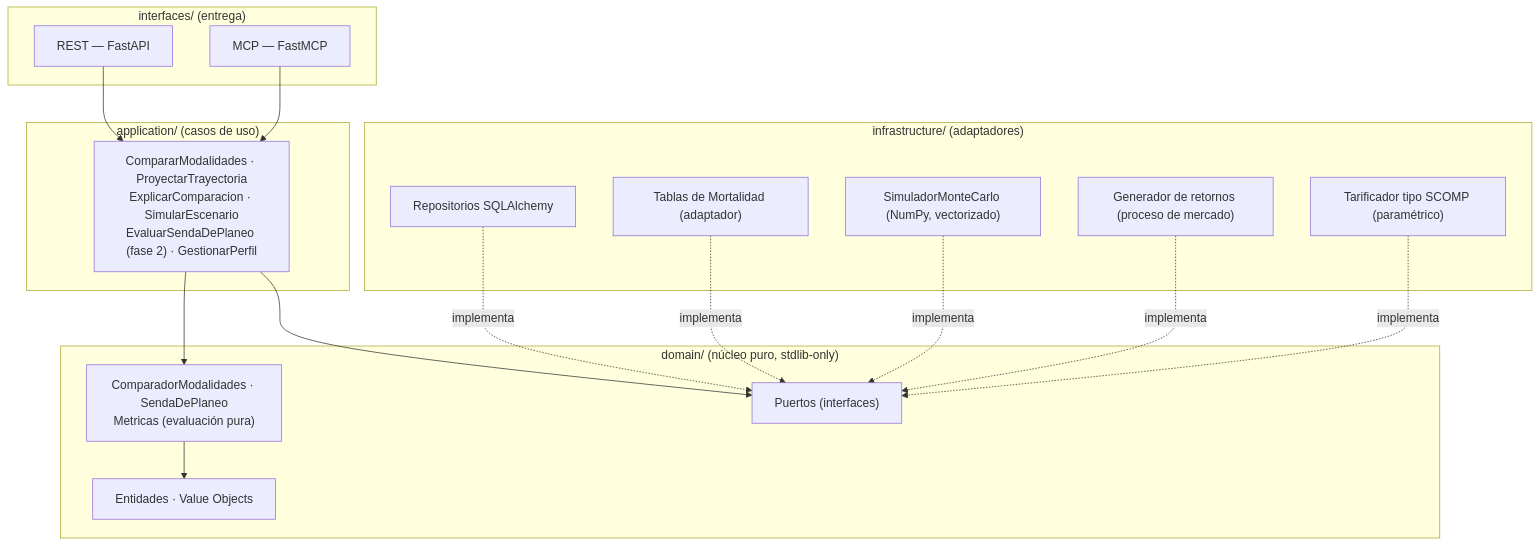
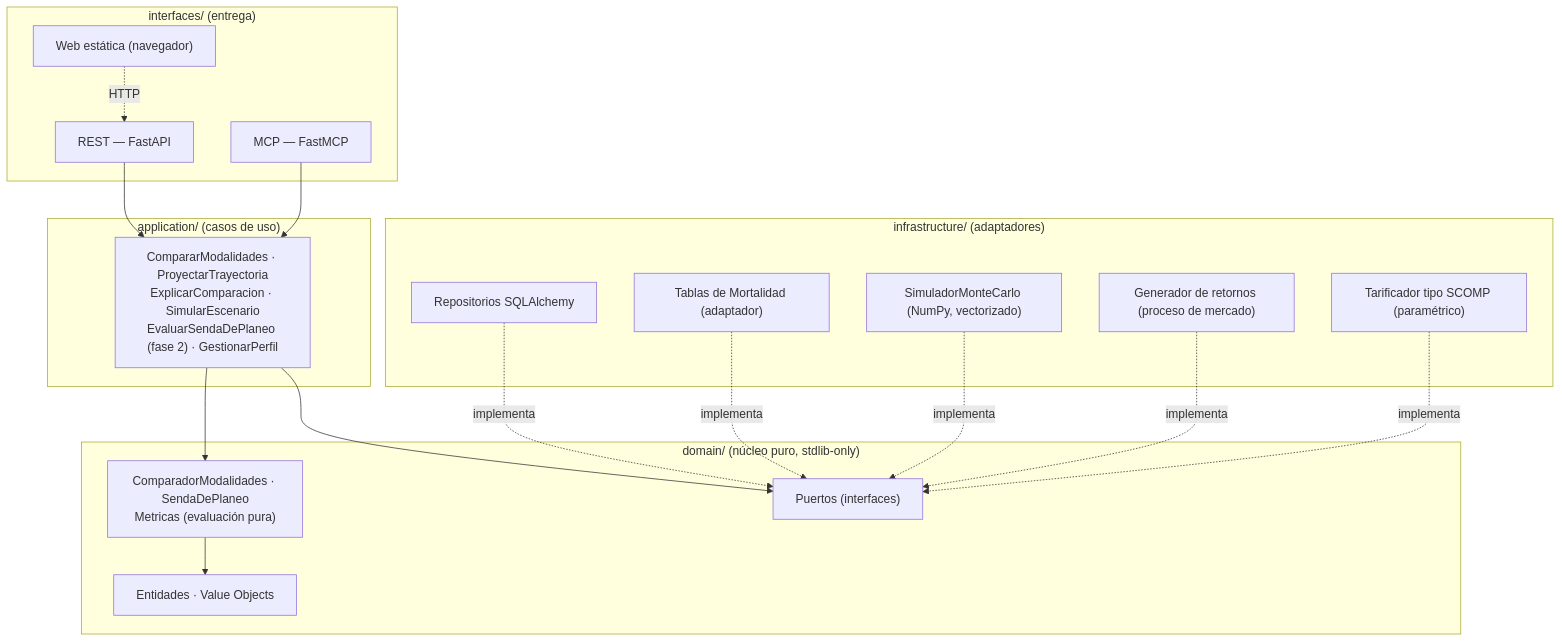
Before and after one commit to faborubio/cauce: the second of 4 diagrams in SAD_Cauce_pensiones.md, drawn with Mermaid. The commit also changed other lines of this file and 8 other files, not shown here.

````diff
--- a/SAD_Cauce_pensiones.md
+++ b/SAD_Cauce_pensiones.md
@@ -163,32 +165,34 @@
 ```mermaid
 graph TD
     subgraph interfaces["interfaces/ (entrega)"]
         REST["REST — FastAPI"]
         MCPS["MCP — FastMCP"]
+        WEB["Web estática (navegador)"]
     end
     subgraph application["application/ (casos de uso)"]
         UC["CompararModalidades · ProyectarTrayectoria<br/>ExplicarComparacion · SimularEscenario<br/>EvaluarSendaDePlaneo (fase 2) · GestionarPerfil"]
     end
     subgraph domain["domain/ (núcleo puro, stdlib-only)"]
         ENT["Entidades · Value Objects"]
         SRV["ComparadorModalidades · SendaDePlaneo<br/>Metricas (evaluación pura)"]
         PORT["Puertos (interfaces)"]
     end
     subgraph infra["infrastructure/ (adaptadores)"]
         REPO["Repositorios SQLAlchemy"]
         MORT["Tablas de Mortalidad (adaptador)"]
         SIM["SimuladorMonteCarlo (NumPy, vectorizado)"]
         MKT["Generador de retornos (proceso de mercado)"]
         SCOMP["Tarificador tipo SCOMP (paramétrico)"]
     end
     REST --> UC
     MCPS --> UC
+    WEB -.HTTP.-> REST
     UC --> SRV
     UC --> PORT
     SRV --> ENT
     REPO -.implementa.-> PORT
     MORT -.implementa.-> PORT
     SIM -.implementa.-> PORT
     MKT -.implementa.-> PORT
     SCOMP -.implementa.-> PORT
 ```
````
